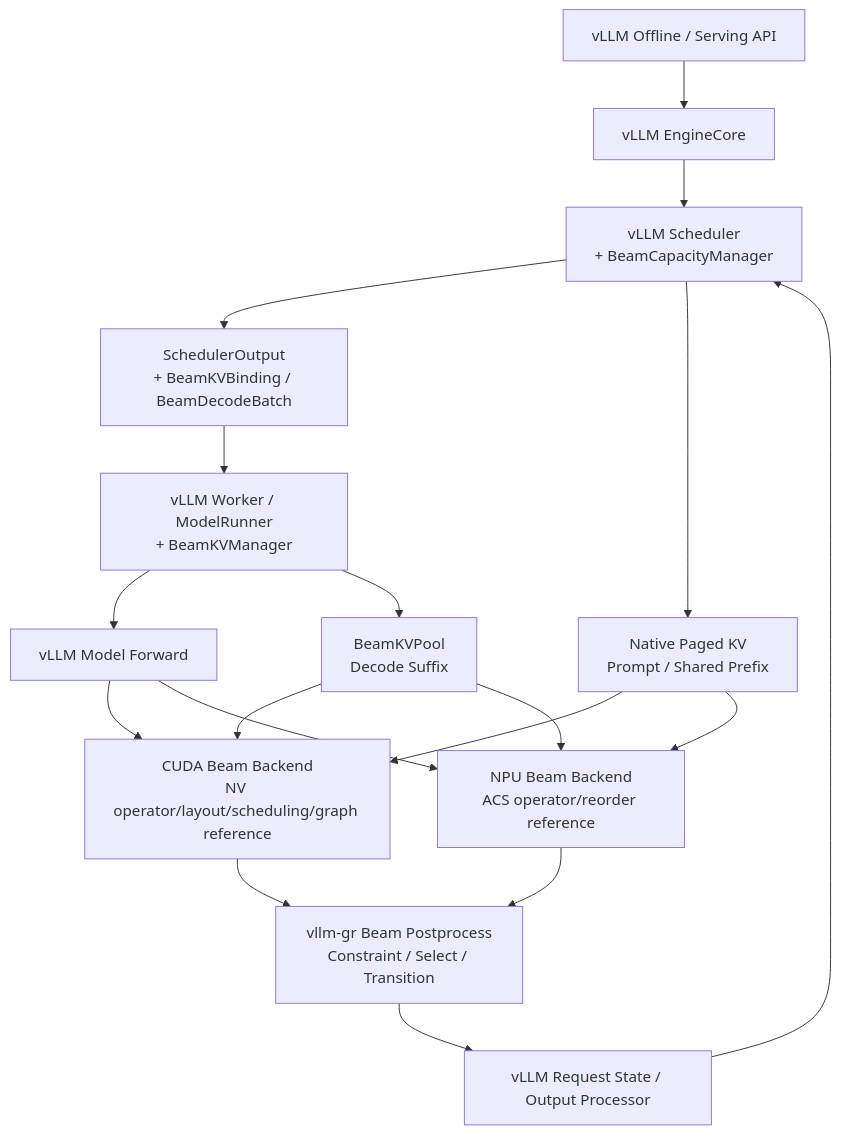
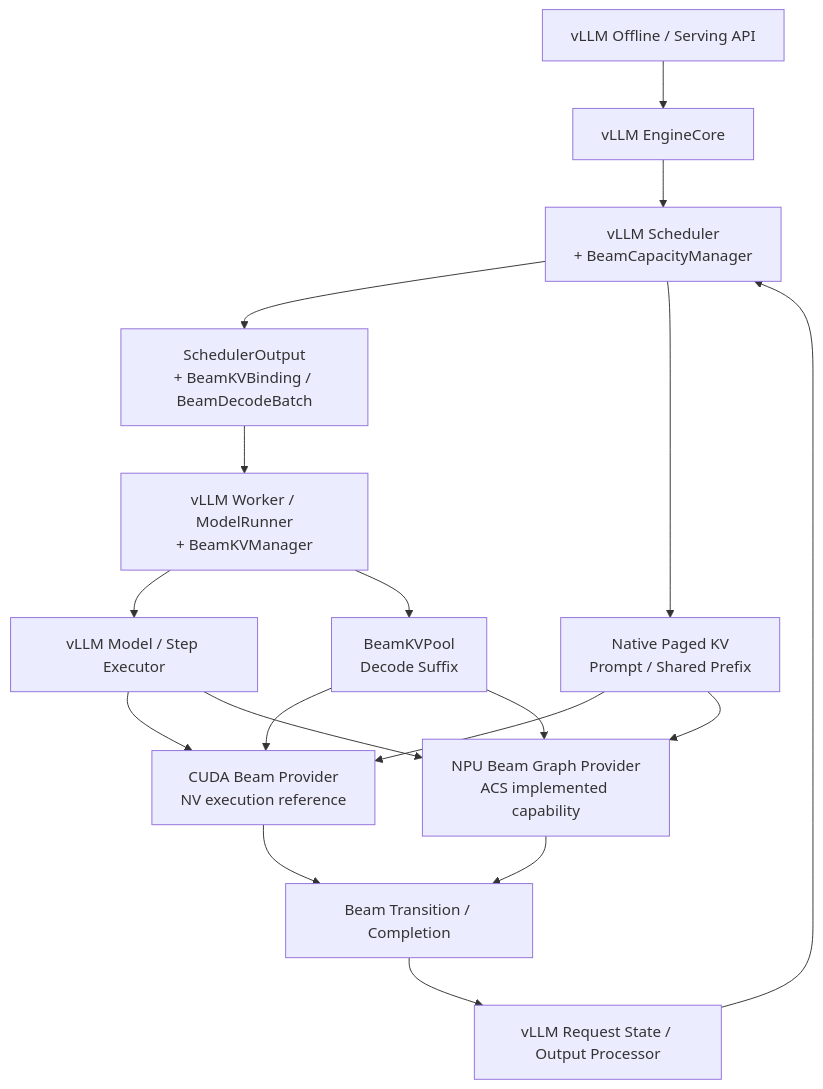
One commit to zhanghanleo10/gr-related changed the first of 9 diagrams in GR/beam_incremental_decode_unified_architecture_design.md. Above: the diagram before and after it, drawn with Mermaid. The commit also changed other lines of this file, not shown here.

Commit message:
docs: integrate ACS ACLGraph and prefill tail design

````diff
--- a/GR/beam_incremental_decode_unified_architecture_design.md
+++ b/GR/beam_incremental_decode_unified_architecture_design.md
@@ -131,29 +151,29 @@
 ```mermaid
 flowchart TB
     API["vLLM Offline / Serving API"]
     EC["vLLM EngineCore"]
     SCH["vLLM Scheduler<br/>+ BeamCapacityManager"]
     SO["SchedulerOutput<br/>+ BeamKVBinding / BeamDecodeBatch"]
     WRK["vLLM Worker / ModelRunner<br/>+ BeamKVManager"]
-    MODEL["vLLM Model Forward"]
+    MODEL["vLLM Model / Step Executor"]
     NKV["Native Paged KV<br/>Prompt / Shared Prefix"]
     BKV["BeamKVPool<br/>Decode Suffix"]
-    GPU["CUDA Beam Backend<br/>NV operator/layout/scheduling/graph reference"]
-    NPU["NPU Beam Backend<br/>ACS operator/reorder reference"]
-    POST["vllm-gr Beam Postprocess<br/>Constraint / Select / Transition"]
+    GPU["CUDA Beam Provider<br/>NV execution reference"]
+    NPU["NPU Beam Graph Provider<br/>ACS implemented capability"]
+    POST["Beam Transition / Completion"]
     OUT["vLLM Request State / Output Processor"]
 
     API --> EC --> SCH --> SO --> WRK --> MODEL
     SCH --> NKV
     WRK --> BKV
     MODEL --> GPU
     MODEL --> NPU
     NKV --> GPU
     NKV --> NPU
     BKV --> GPU
     BKV --> NPU
     GPU --> POST
     NPU --> POST
     POST --> OUT
     OUT --> SCH
 ```
````
